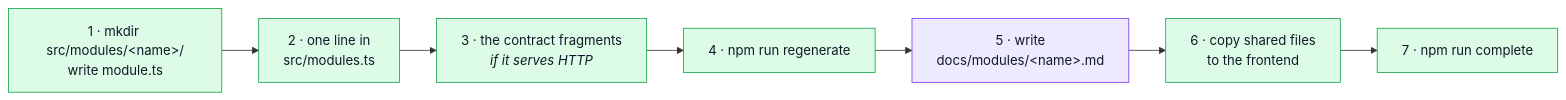
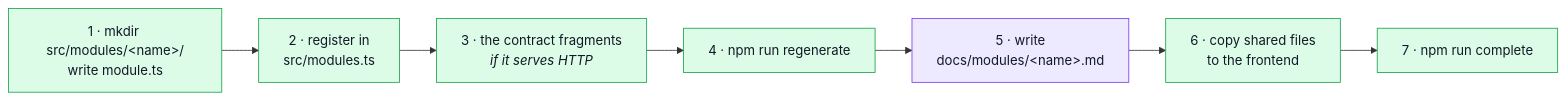
Before and after one commit to Guebbit/boilerplate-node-backend: the second of 5 diagrams in docs/theory/module-lifecycle.md, drawn with Mermaid. The commit also changed other lines of this file and 4 other files, not shown here.

````diff
--- a/docs/theory/module-lifecycle.md
+++ b/docs/theory/module-lifecycle.md
@@ -112,14 +114,14 @@
 ```mermaid
 %%{init: {'flowchart': {'nodeSpacing': 40, 'rankSpacing': 45}}}%%
 flowchart LR
-    A["1 · mkdir src/modules/&lt;name&gt;/<br/>write module.ts"] --> B["2 · one line in<br/>src/modules.ts"]
+    A["1 · mkdir src/modules/&lt;name&gt;/<br/>write module.ts"] --> B["2 · register in<br/>src/modules.ts"]
     B --> C["3 · the contract fragments<br/><i>if it serves HTTP</i>"]
     C --> D["4 · npm run regenerate"]
     D --> E["5 · write<br/>docs/modules/&lt;name&gt;.md"]
     E --> F["6 · copy shared files<br/>to the frontend"]
     F --> G["7 · npm run complete"]
     classDef s fill:#dcfce7,stroke:#16a34a,color:#111827;
     classDef d fill:#ede9fe,stroke:#7c3aed,color:#111827;
     class A,B,C,D,F,G s;
     class E d;
 ```
````
